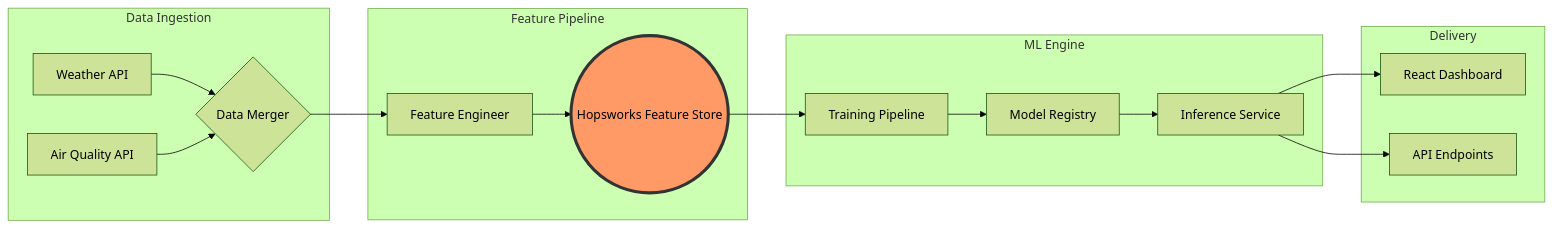
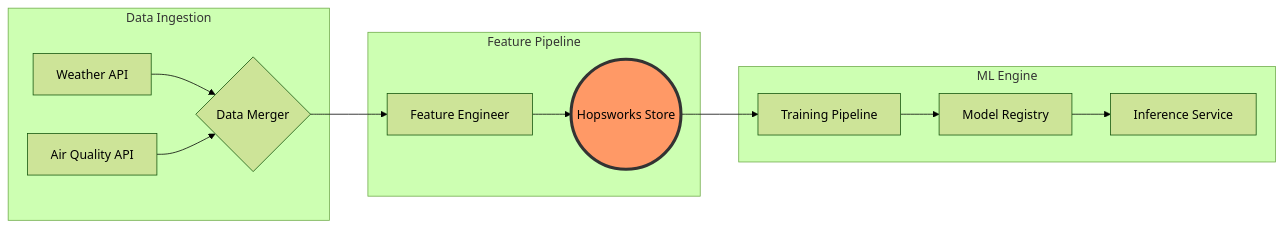
One commit to 21Afnan/AirLyst changed the diagram in README.md. Above: the diagram before and after it, drawn with Mermaid (forest theme). The commit also changed other lines of this file, not shown here.

````diff
--- a/README.md
+++ b/README.md
@@ -34,25 +25,20 @@
 ```mermaid
 graph LR
     subgraph "Data Ingestion"
     A[Weather API] --> C{Data Merger}
     B[Air Quality API] --> C
     end
     
     subgraph "Feature Pipeline"
     C --> D[Feature Engineer]
-    D --> E((Hopsworks Feature Store))
+    D --> E((Hopsworks Store))
     end
     
     subgraph "ML Engine"
     E --> F[Training Pipeline]
     F --> G[Model Registry]
     G --> H[Inference Service]
     end
-    
-    subgraph "Delivery"
-    H --> I[React Dashboard]
-    H --> J[API Endpoints]
-    end
 
     style E fill:#f96,stroke:#333,stroke-width:4px
 ```
````
